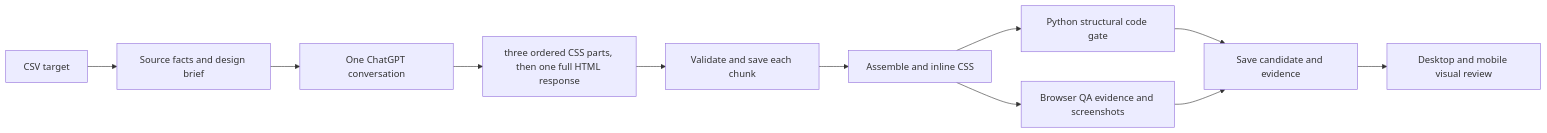
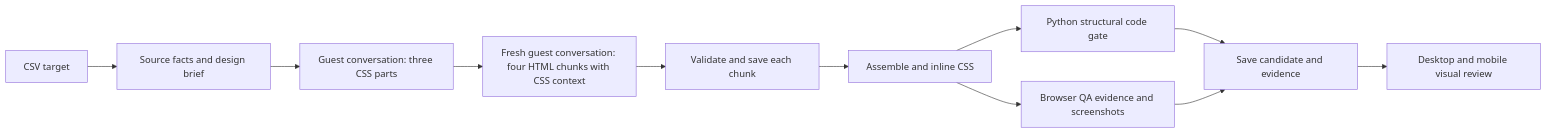
One commit to hometownredesignsites/git-content changed the diagram in chatgpt_automation/README.md. Above: the diagram before and after it, drawn with Mermaid. The commit also changed other lines of this file and 10 other files, not shown here.

Commit message:
chatgpt: capture HTML in four guest turns [skip ci]

````diff
--- a/chatgpt_automation/README.md
+++ b/chatgpt_automation/README.md
@@ -5,13 +5,13 @@
 ```mermaid
 flowchart LR
   A[CSV target] --> B[Source facts and design brief]
-  B --> C[One ChatGPT conversation]
-  C --> D[three ordered CSS parts, then one full HTML response]
+  B --> C[Guest conversation: three CSS parts]
+  C --> D[Fresh guest conversation: four HTML chunks with CSS context]
   D --> E[Validate and save each chunk]
   E --> F[Assemble and inline CSS]
   F --> G[Python structural code gate]
   F --> H[Browser QA evidence and screenshots]
   G --> I[Save candidate and evidence]
   H --> I
   I --> J[Desktop and mobile visual review]
 ```
````
